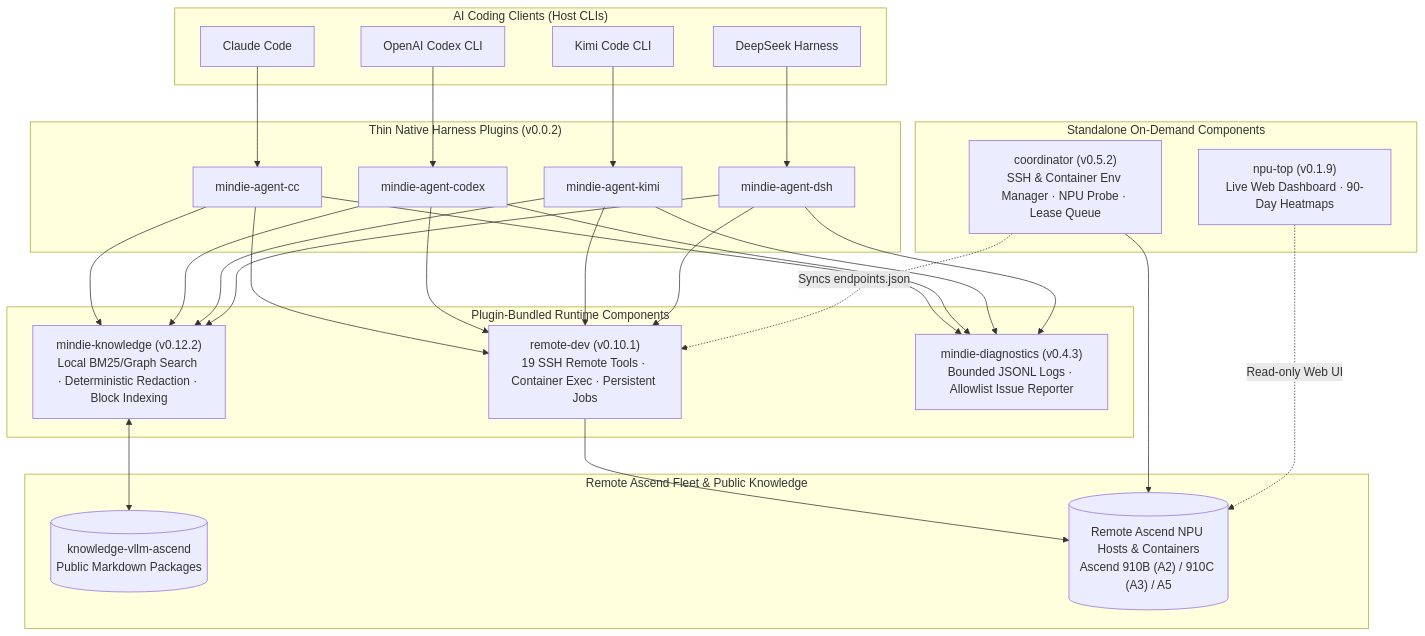
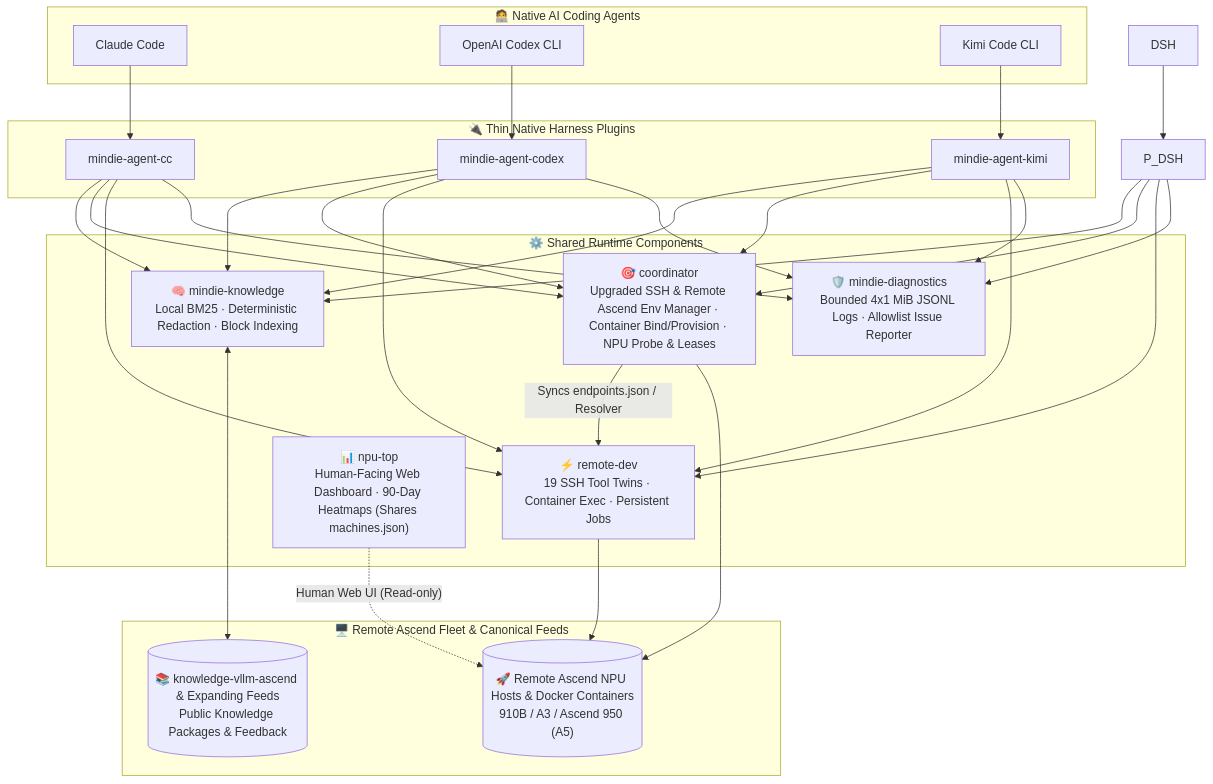
One commit to grandolantow/mindie-agent changed the first of 2 diagrams in README.en.md. Above: the diagram before and after it, drawn with Mermaid. The commit also changed other lines of this file and 16 other files, not shown here.

````diff
--- a/README.en.md
+++ b/README.en.md
@@ -216,43 +178,38 @@
 ```mermaid
 flowchart TB
-  subgraph Clients["AI Coding Clients (Host CLIs)"]
+  subgraph Clients["🧑‍💻 Native AI Coding Agents"]
     CC["Claude Code"]
     Codex["OpenAI Codex CLI"]
     Kimi["Kimi Code CLI"]
-    DSH["DeepSeek Harness"]
   end
 
-  subgraph Adapters["Thin Native Harness Plugins (v0.0.2)"]
+  subgraph Adapters["🔌 Thin Native Harness Plugins"]
     P_CC["mindie-agent-cc"]
     P_Codex["mindie-agent-codex"]
     P_Kimi["mindie-agent-kimi"]
-    P_DSH["mindie-agent-dsh"]
   end
 
-  subgraph Bundled["Plugin-Bundled Runtime Components"]
-    Knowledge["mindie-knowledge (v0.12.2)<br/>Local BM25/Graph Search · Deterministic Redaction · Block Indexing"]
-    RemoteDev["remote-dev (v0.10.1)<br/>19 SSH Remote Tools · Container Exec · Persistent Jobs"]
-    Diag["mindie-diagnostics (v0.4.3)<br/>Bounded JSONL Logs · Allowlist Issue Reporter"]
+  subgraph Core["⚙️ Shared Runtime Components"]
+    Knowledge["🧠 mindie-knowledge<br/>Local BM25 · Deterministic Redaction · Block Indexing"]
+    Coord["🎯 coordinator<br/>Upgraded SSH & Remote Ascend Env Manager · Container Bind/Provision · NPU Probe & Leases"]
+    RemoteDev["⚡ remote-dev<br/>19 SSH Tool Twins · Container Exec · Persistent Jobs"]
+    NpuTop["📊 npu-top<br/>Human-Facing Web Dashboard · 90-Day Heatmaps (Shares machines.json)"]
+    Diag["🛡️ mindie-diagnostics<br/>Bounded 4x1 MiB JSONL Logs · Allowlist Issue Reporter"]
   end
 
-  subgraph Standalone["Standalone On-Demand Components"]
-    Coord["coordinator (v0.5.2)<br/>SSH & Container Env Manager · NPU Probe · Lease Queue"]
-    NpuTop["npu-top (v0.1.9)<br/>Live Web Dashboard · 90-Day Heatmaps"]
-  end
-
-  subgraph Remote["Remote Ascend Fleet & Public Knowledge"]
-    Feed[("knowledge-vllm-ascend<br/>Public Markdown Packages")]
-    Cluster[("Remote Ascend NPU Hosts & Containers<br/>Ascend 910B (A2) / 910C (A3) / A5")]
+  subgraph Remote["🖥️ Remote Ascend Fleet & Canonical Feeds"]
+    Feed[("📚 knowledge-vllm-ascend & Expanding Feeds<br/>Public Knowledge Packages & Feedback")]
+    Cluster[("🚀 Remote Ascend NPU Hosts & Docker Containers<br/>910B / A3 / Ascend 950 (A5)")]
   end
 
   CC --> P_CC
   Codex --> P_Codex
   Kimi --> P_Kimi
   DSH --> P_DSH
 
-  P_CC & P_Codex & P_Kimi & P_DSH --> Knowledge & RemoteDev & Diag
+  P_CC & P_Codex & P_Kimi & P_DSH --> Knowledge & Coord & RemoteDev & Diag
   Knowledge <--> Feed
-  Coord -. "Syncs endpoints.json" .-> RemoteDev
-  RemoteDev & Coord --> Cluster
-  NpuTop -. "Read-only Web UI" .-> Cluster
+  Coord -- "Syncs endpoints.json / Resolver" --> RemoteDev
+  Coord & RemoteDev --> Cluster
+  NpuTop -. "Human Web UI (Read-only)" .-> Cluster
 ```
````
